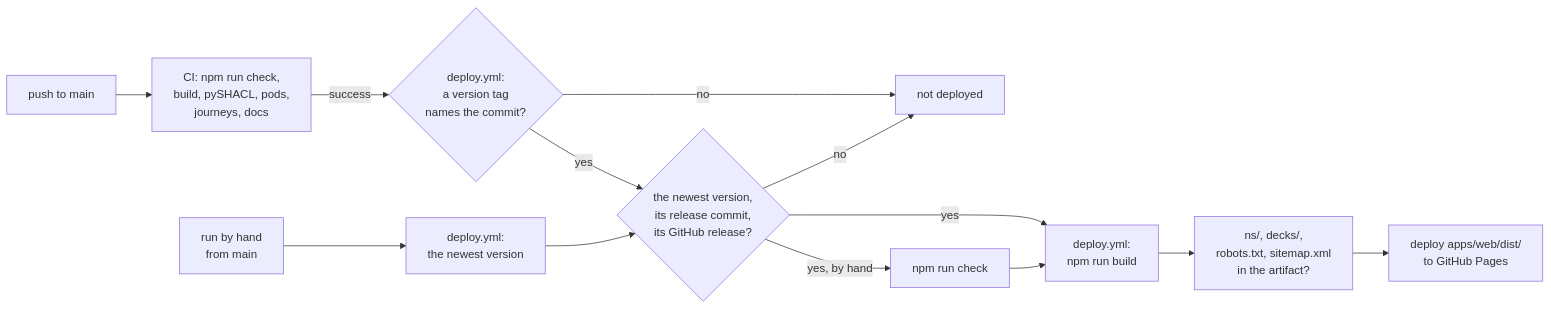
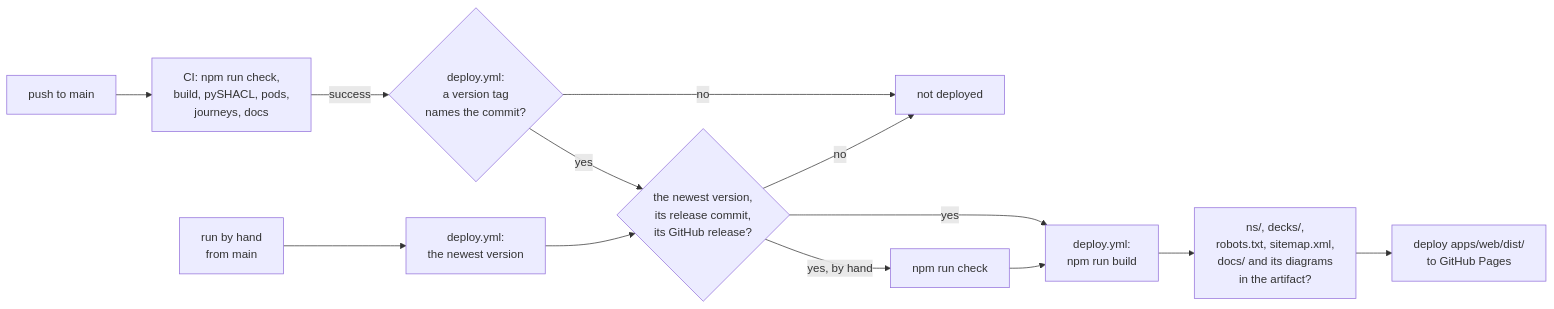
One commit to solid-memo/website changed the diagram in docs/deployment.md. Above: the diagram before and after it, drawn with Mermaid. The commit also changed other lines of this file and 25 other files, not shown here.

````diff
--- a/docs/deployment.md
+++ b/docs/deployment.md
@@ -17,12 +17,12 @@
 ```mermaid
 flowchart LR
     accTitle: When a version is deployed
     accDescr: A push to main, or a run by hand, deploys only the newest version, from its release commit and with its GitHub release, after the build and its guard.
     push["push to main"] --> ci["CI: npm run check,<br/>build, pySHACL, pods,<br/>journeys, docs"] -->|success| tag{"deploy.yml:<br/>a version tag<br/>names the commit?"}
     tag -->|no| skip["not deployed"]
     tag -->|yes| release{"the newest version,<br/>its release commit,<br/>its GitHub release?"}
     release -->|no| skip
-    release -->|yes| build["deploy.yml:<br/>npm run build"] --> guard["ns/, decks/,<br/>robots.txt, sitemap.xml<br/>in the artifact?"] --> pages["deploy apps/web/dist/<br/>to GitHub Pages"]
+    release -->|yes| build["deploy.yml:<br/>npm run build"] --> guard["ns/, decks/,<br/>robots.txt, sitemap.xml,<br/>docs/ and its diagrams<br/>in the artifact?"] --> pages["deploy apps/web/dist/<br/>to GitHub Pages"]
     hand["run by hand<br/>from main"] --> newest["deploy.yml:<br/>the newest version"] --> release
     release -->|"yes, by hand"| check["npm run check"] --> build
 ```
````
